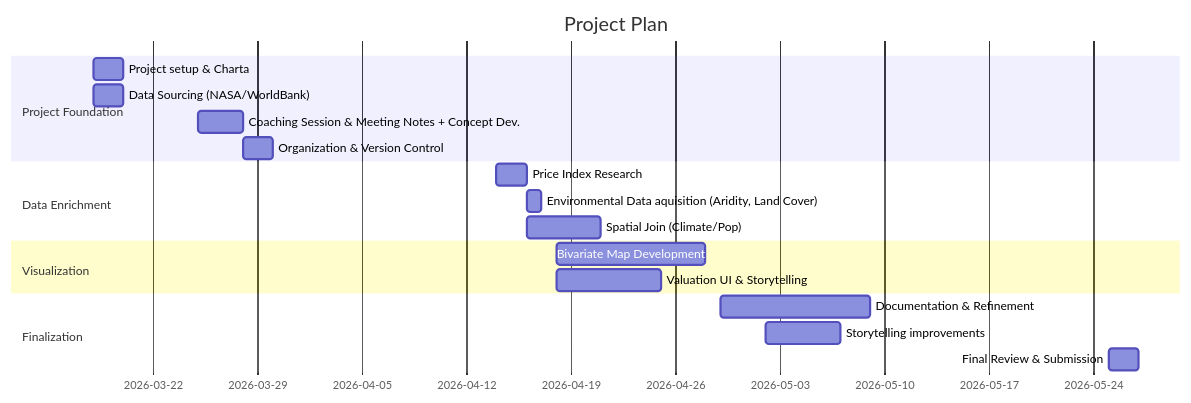
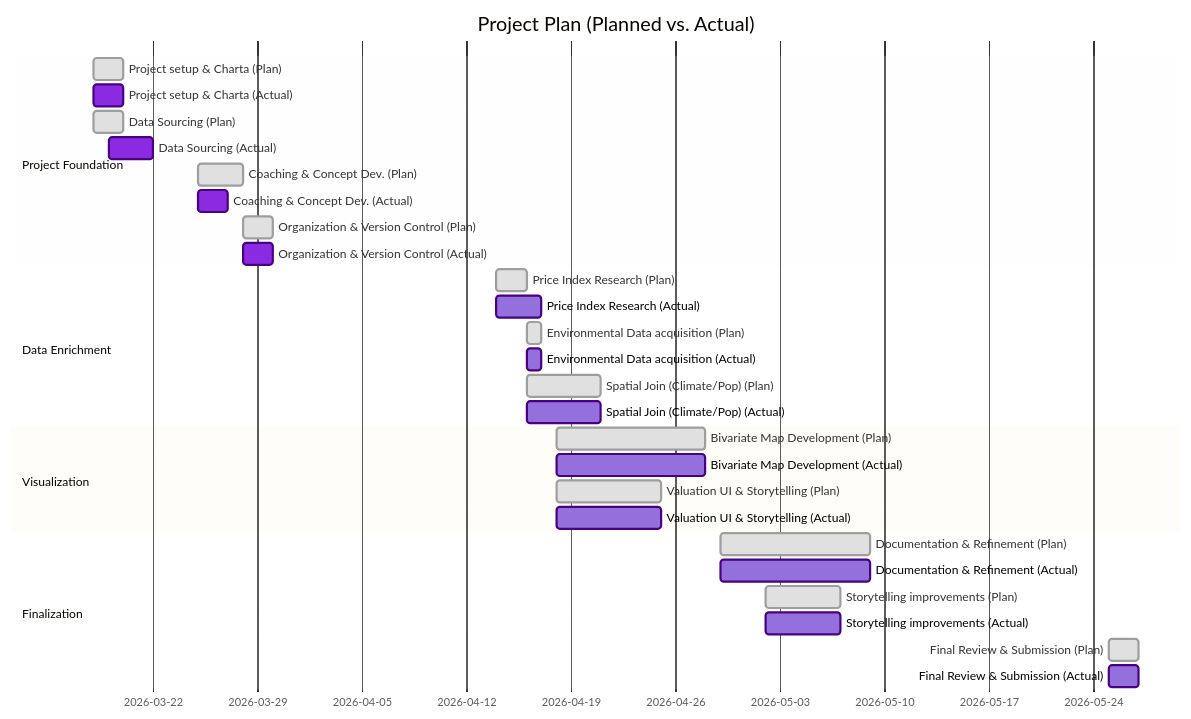
The diagram in docs/project_charta.qmd (podsv-fs26-ad24/ad24-4-fancyproject), drawn with Mermaid before and after one commit.

Commit message:
adds planned v actual to project timeline

````diff
--- a/docs/project_charta.qmd
+++ b/docs/project_charta.qmd
@@ -146,27 +146,61 @@
 ```{mermaid}
 %%| label: fig-project-plan
-%%| fig-cap: Preliminary project plan in the form of a Gantt chart.
+%%| fig-cap: Planned vs Actual project plan in the form of a Gantt chart.
+%%{init: {
+  "theme": "base",
+  "themeVariables": {
+    "taskBkgColor": "#E0E0E0",
+    "taskBorderColor": "#9E9E9E",
+    "taskTextDarkColor": "#000000",
+    "doneTaskBkgColor": "#8A2BE2",
+    "doneTaskBorderColor": "#4B0082",
+    "activeTaskBkgColor": "#9370DB",
+    "activeTaskBorderColor": "#4B0082",
+    "activeTaskTextDarkColor": "#FFFFFF",
+    "doneTaskTextDarkColor": "#FFFFFF"
+  }
+}}%%
 gantt
-    title Project Plan
+    title Project Plan (Planned vs. Actual)
     dateFormat YYYY-MM-DD
     
     section Project Foundation
-        Project setup & Charta      :a1, 2026-03-18, 2d
-        Data Sourcing (NASA/WorldBank)      :a2, 2026-03-18, 2d
-        Coaching Session & Meeting Notes + Concept Dev.   :a3, 2026-03-25, 3d
-        Organization & Version Control :a3, 2026-03-28, 2d
+    Project setup & Charta (Plan)                 :plan_a1, 2026-03-18, 2d
+    Project setup & Charta (Actual)               :done, act_a1, 2026-03-18, 2d
+    
+    Data Sourcing (Plan)                          :plan_a2, 2026-03-18, 2d
+    Data Sourcing (Actual)                        :done, act_a2, 2026-03-19, 3d
+    
+    Coaching & Concept Dev. (Plan)                :plan_a3, 2026-03-25, 3d
+    Coaching & Concept Dev. (Actual)              :done, act_a3, 2026-03-25, 2d
+    
+    Organization & Version Control (Plan)         :plan_a4, 2026-03-28, 2d
+    Organization & Version Control (Actual)       :done, act_a4, 2026-03-28, 2d
 
     section Data Enrichment
-        Price Index Research         :a3, 2026-04-14, 2d
-        Environmental Data aquisition (Aridity, Land Cover) :a4, 2026-04-16, 1d
-        Spatial Join (Climate/Pop)   :a4, 2026-04-16, 5d
+    Price Index Research (Plan)                   :plan_a5, 2026-04-14, 2d
+    Price Index Research (Actual)                 :active, act_a5, 2026-04-14, 3d
+    
+    Environmental Data acquisition (Plan)         :plan_a6, 2026-04-16, 1d
+    Environmental Data acquisition (Actual)       :active, act_a6, 2026-04-16, 1d
+    
+    Spatial Join (Climate/Pop) (Plan)             :plan_a7, 2026-04-16, 5d
+    Spatial Join (Climate/Pop) (Actual)           :active, act_a7, 2026-04-16, 5d
 
     section Visualization
-        Bivariate Map Development    :a5, 2026-04-18, 10d
-        Valuation UI & Storytelling  :a6, 2026-04-18, 7d
+    Bivariate Map Development (Plan)              :plan_a8, 2026-04-18, 10d
+    Bivariate Map Development (Actual)            :active, act_a8, 2026-04-18, 10d
+    
+    Valuation UI & Storytelling (Plan)            :plan_a9, 2026-04-18, 7d
+    Valuation UI & Storytelling (Actual)          :active, act_a9, 2026-04-18, 7d
 
     section Finalization
-        Documentation & Refinement   :a7, 2026-04-29, 10d
-        Storytelling improvements   :a7, 2026-05-02, 5d
-        Final Review & Submission    :a8, 2026-05-25, 2d
+    Documentation & Refinement (Plan)             :plan_a10, 2026-04-29, 10d
+    Documentation & Refinement (Actual)           :active, act_a10, 2026-04-29, 10d
+    
+    Storytelling improvements (Plan)              :plan_a11, 2026-05-02, 5d
+    Storytelling improvements (Actual)            :active, act_a11, 2026-05-02, 5d
+    
+    Final Review & Submission (Plan)              :plan_a12, 2026-05-25, 2d
+    Final Review & Submission (Actual)            :active, act_a12, 2026-05-25, 2d
 ```
````
